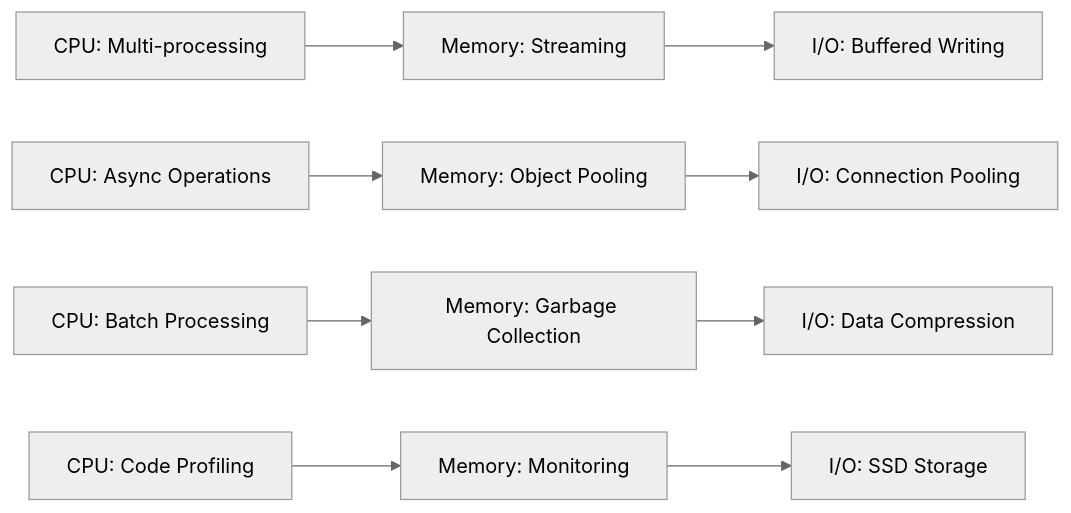
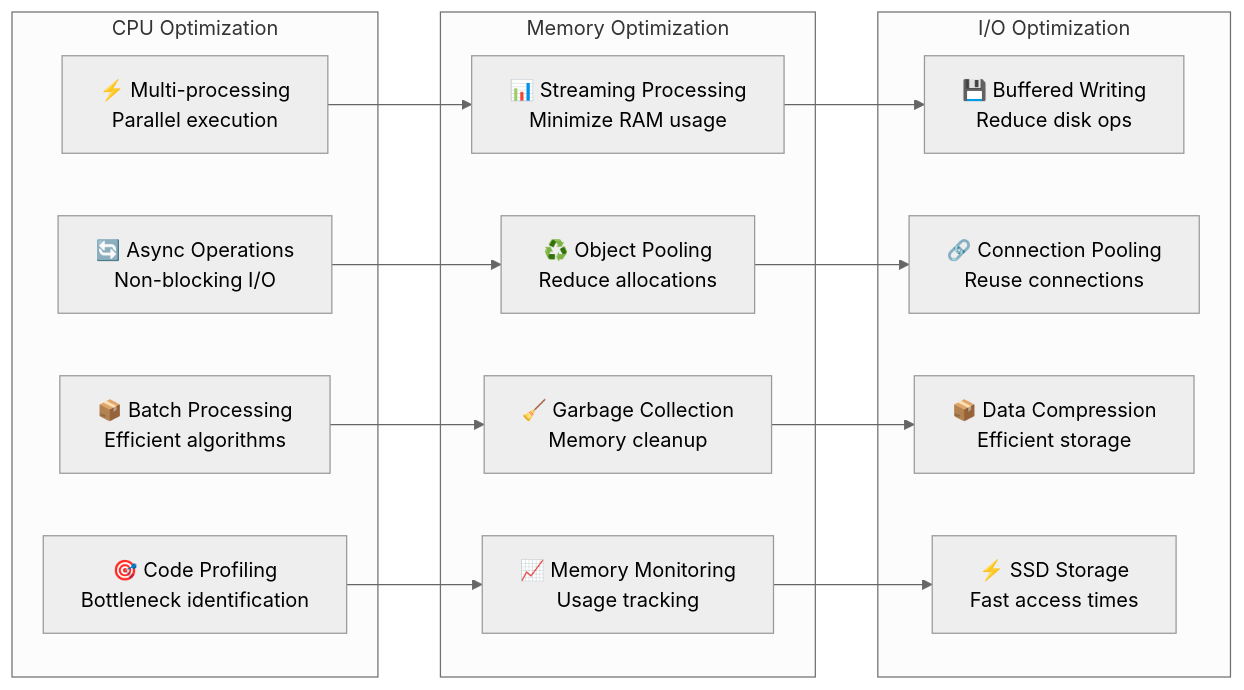
Diagram 31 of 36 in docs/🏗️ System Architecture & Communication Flow.md (SaadMakki/Instagram-comments-scraper-free), drawn with Mermaid (neutral theme) before and after one commit. The commit also changed other lines of this file, not shown here.

Commit message:
fix all the graph

````diff
--- a/docs/🏗️ System Architecture & Communication Flow.md
+++ b/docs/🏗️ System Architecture & Communication Flow.md
@@ -1377,27 +1377,35 @@
 ```mermaid
 graph LR
-    A[CPU: Multi-processing]
-    B[CPU: Async Operations]
-    C[CPU: Batch Processing]
-    D[CPU: Code Profiling]
+    subgraph "CPU Optimization"
+        A[⚡ Multi-processing<br/>Parallel execution]
+        B[🔄 Async Operations<br/>Non-blocking I/O]
+        C[📦 Batch Processing<br/>Efficient algorithms]
+        D[🎯 Code Profiling<br/>Bottleneck identification]
+    end
     
-    E[Memory: Streaming]
-    F[Memory: Object Pooling]
-    G[Memory: Garbage Collection]
-    H[Memory: Monitoring]
+    subgraph "Memory Optimization"
+        E[📊 Streaming Processing<br/>Minimize RAM usage]
+        F[♻️ Object Pooling<br/>Reduce allocations]
+        G[🧹 Garbage Collection<br/>Memory cleanup]
+        H[📈 Memory Monitoring<br/>Usage tracking]
+    end
     
-    I[I/O: Buffered Writing]
-    J[I/O: Connection Pooling]
-    K[I/O: Data Compression]
-    L[I/O: SSD Storage]
+    subgraph "I/O Optimization"
+        I[💾 Buffered Writing<br/>Reduce disk ops]
+        J[🔗 Connection Pooling<br/>Reuse connections]
+        K[📦 Data Compression<br/>Efficient storage]
+        L[⚡ SSD Storage<br/>Fast access times]
+    end
     
     A --> E
     B --> F
     C --> G
     D --> H
     
     E --> I
     F --> J
     G --> K
     H --> L
+    
+    
 ```
````
